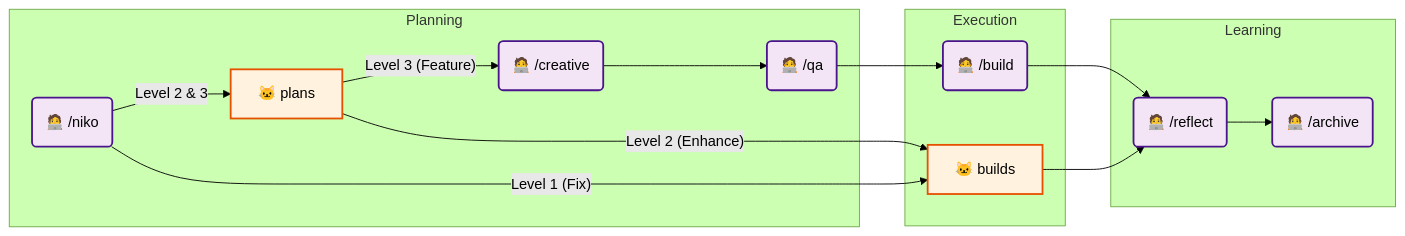
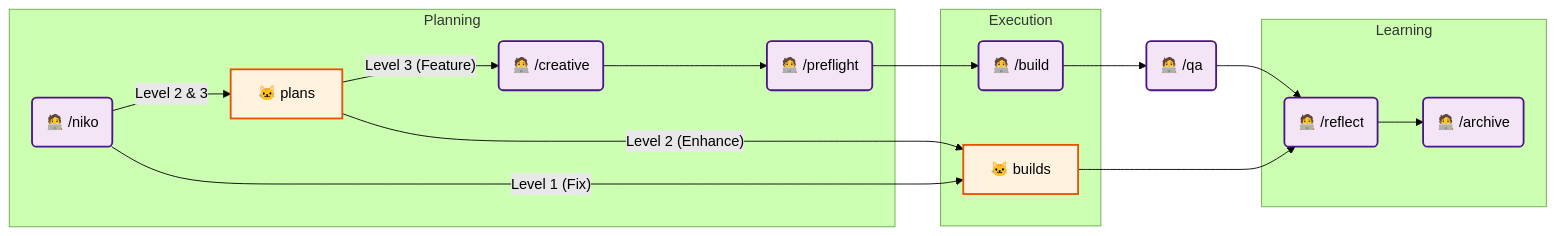
One commit to Texarkanine/.cursor-rules changed the first of 4 diagrams in rulesets/niko/README.md. Above: the diagram before and after it, drawn with Mermaid (forest theme). The commit also changed other lines of this file and 22 other files, not shown here.

````diff
--- a/rulesets/niko/README.md
+++ b/rulesets/niko/README.md
@@ -48,47 +48,48 @@
 ```mermaid
 flowchart LR
 
 	%% Nodes
 	Niko("🧑‍💻 /niko")
 	NikoPlan["🐱 plans"]
 	NikoBuild["🐱 builds"]
 
 	Creative("🧑‍💻 /creative")
 	QA("🧑‍💻 /qa")
 
 	Archive("🧑‍💻 /archive")
 
 	%% Paths
 	subgraph Planning
         Niko -- "Level 2 & 3" --> NikoPlan
 
         NikoPlan -- "Level 3 (Feature)" --> Creative
 
-        Creative --> QA
+        Creative --> Preflight("🧑‍💻 /preflight")
 	end
 
-    QA --> ManBuild
+    Preflight --> ManBuild
 
 	subgraph Execution
         ManBuild("🧑‍💻 /build")
         Niko -- "Level 1 (Fix)" --> NikoBuild
         NikoPlan -- "Level 2 (Enhance)" --> NikoBuild
 	end
 
-    ManBuild --> Reflect
-	
+    ManBuild --> QA
+	QA("🧑‍💻 /qa") --> Reflect
+
 	subgraph Learning
         Reflect("🧑‍💻 /reflect")
         NikoBuild --> Reflect
         
 
         Reflect --> Archive
 	end
 
 	%% --- STYLING ---
 	classDef humanNode fill:#f3e5f5,stroke:#4a148c,stroke-width:2px;
 	classDef aiNode fill:#fff3e0,stroke:#e65100,stroke-width:2px;
 
-	class Niko,Creative,QA,ManBuild,Reflect,Archive humanNode;
+	class Niko,Creative,Preflight,QA,ManBuild,Reflect,Archive humanNode;
 	class NikoPlan,NikoBuild aiNode;
 ```
````
